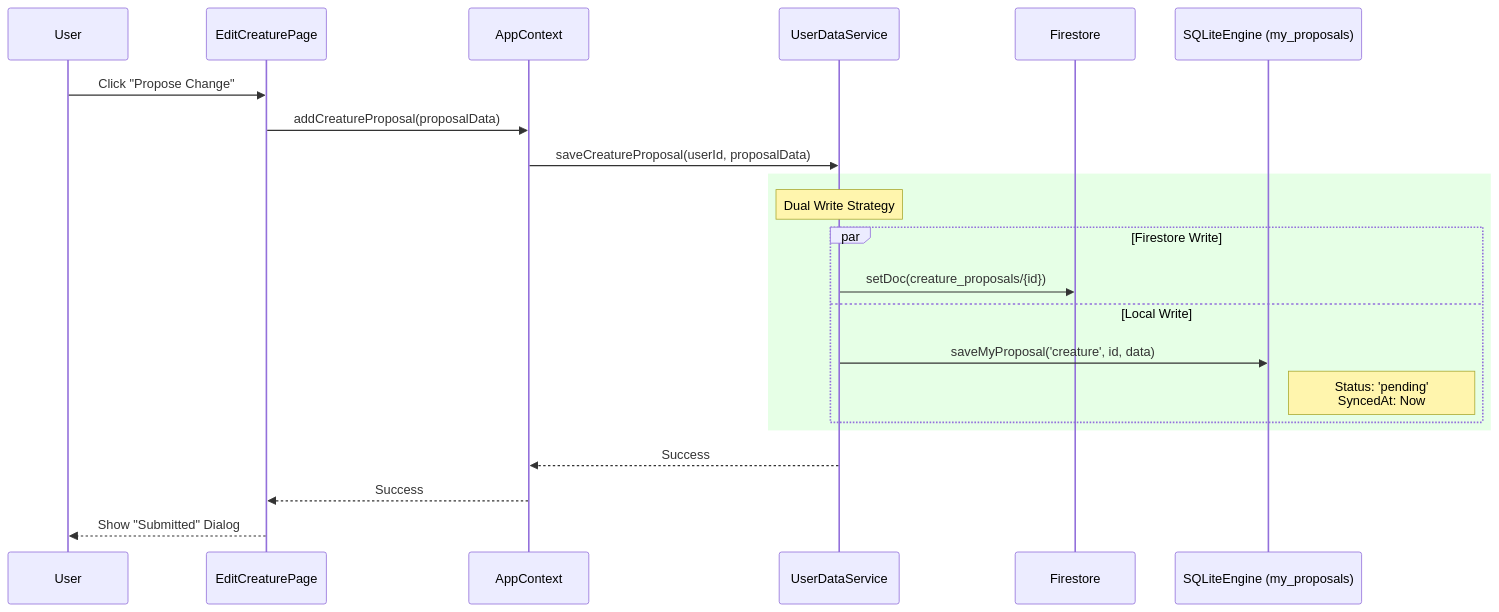
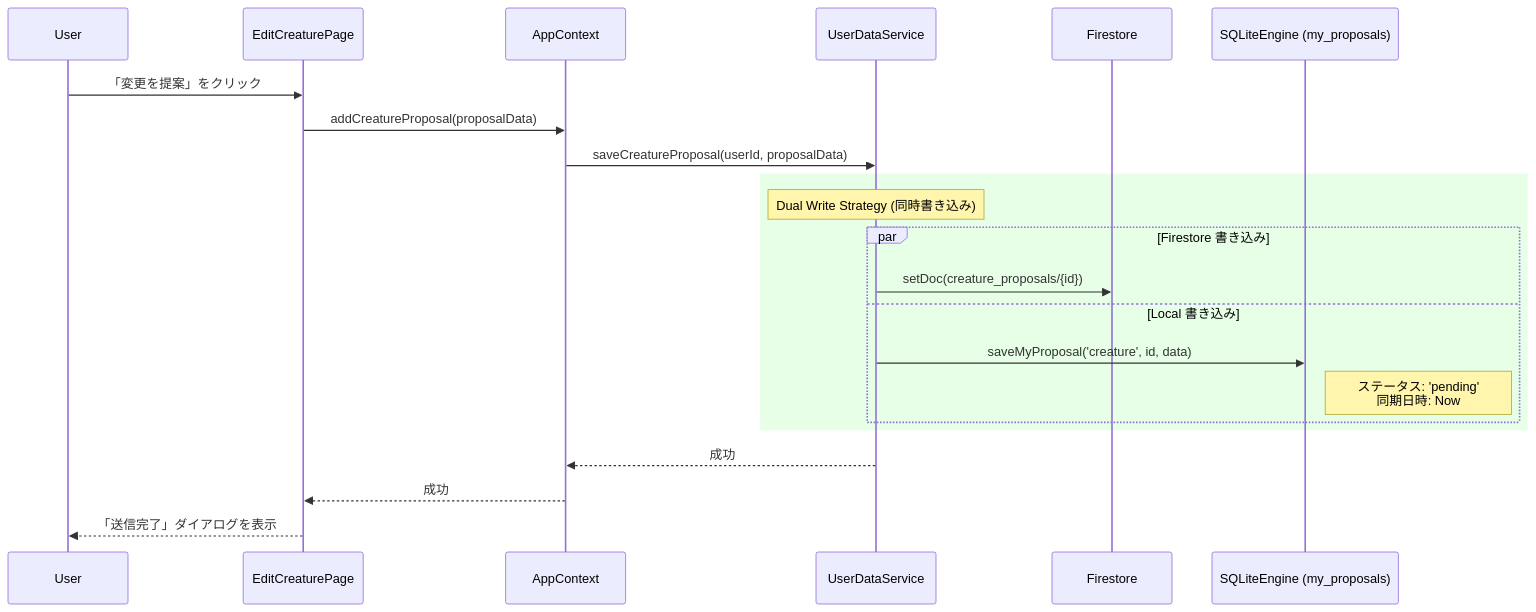
The fourth of 8 diagrams in DATABASE_DESIGN.md (cloud-solutions-ttakeuchi/wedive), drawn with Mermaid before and after one commit. The commit also changed other lines of this file, not shown here.

````diff
--- a/DATABASE_DESIGN.md
+++ b/DATABASE_DESIGN.md
@@ -230,28 +230,28 @@
 ```mermaid
 sequenceDiagram
     participant User
     participant Page as EditCreaturePage
     participant CTX as AppContext
     participant UDS as UserDataService
     participant FS as Firestore
     participant SQLite as SQLiteEngine (my_proposals)
 
-    User->>Page: Click "Propose Change"
+    User->>Page: 「変更を提案」をクリック
     Page->>CTX: addCreatureProposal(proposalData)
     CTX->>UDS: saveCreatureProposal(userId, proposalData)
     
     rect rgb(230, 255, 230)
-    note over UDS: Dual Write Strategy
+    note over UDS: Dual Write Strategy (同時書き込み)
     
-    par Firestore Write
+    par Firestore 書き込み
         UDS->>FS: setDoc(creature_proposals/{id})
-    and Local Write
+    and Local 書き込み
         UDS->>SQLite: saveMyProposal('creature', id, data)
-        note right of SQLite: Status: 'pending'<br>SyncedAt: Now
+        note right of SQLite: ステータス: 'pending'<br>同期日時: Now
     end
     end
     
-    UDS-->>CTX: Success
-    CTX-->>Page: Success
-    Page-->>User: Show "Submitted" Dialog
+    UDS-->>CTX: 成功
+    CTX-->>Page: 成功
+    Page-->>User: 「送信完了」ダイアログを表示
 ```
````
